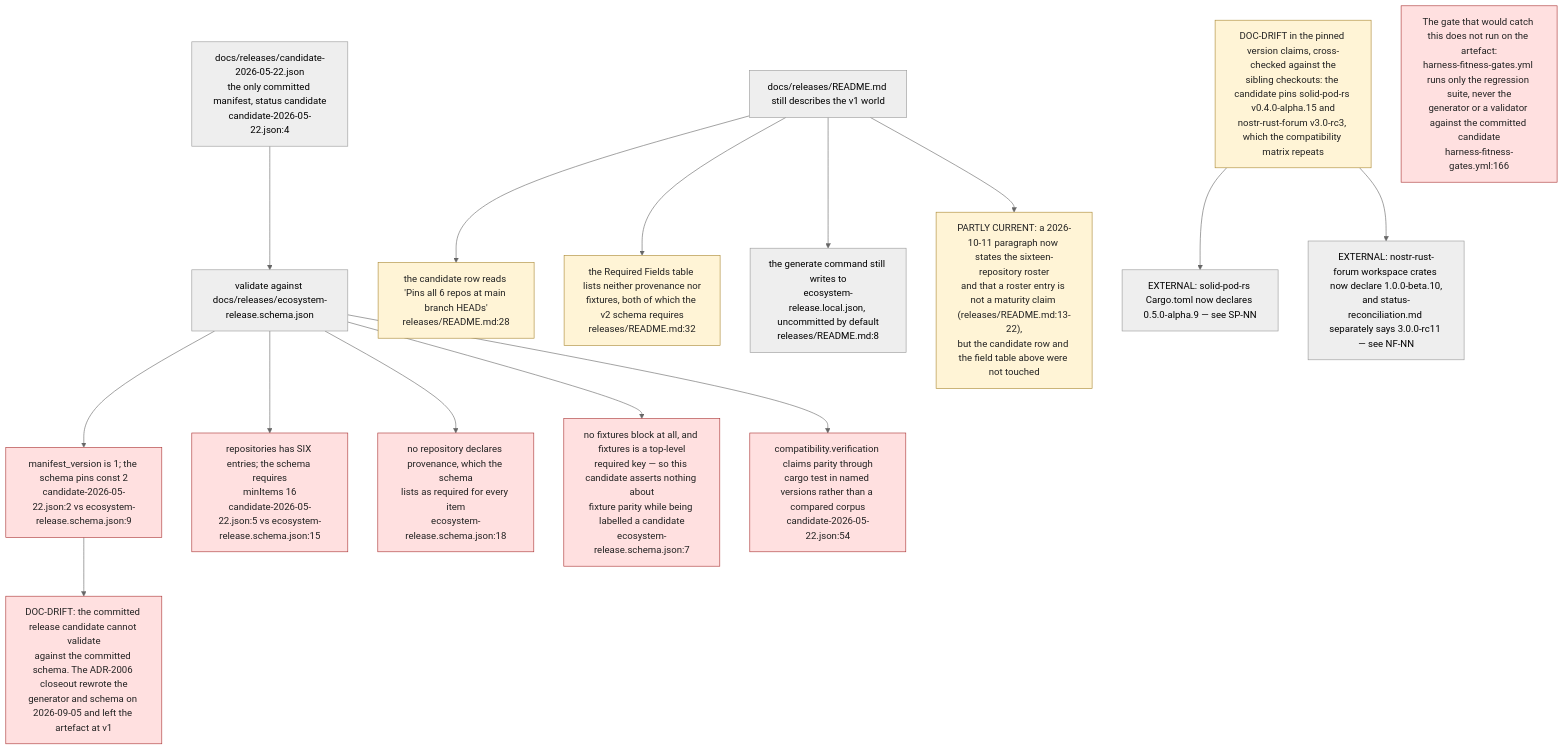
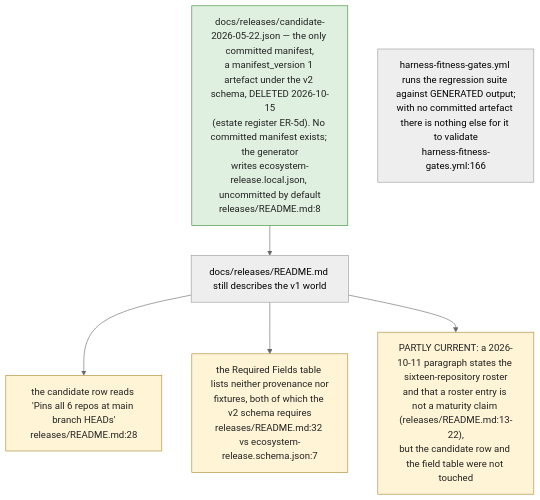
Before and after one commit to DreamLab-AI/VisionFlow: the fifth of 11 diagrams in docs/diagrams/visionflow/07-pitch-presentation-reports.md, drawn with Mermaid (neutral theme). The commit also changed other lines of this file and 10 other files, not shown here.

First line of the commit message:
docs(diagrams): close ER-1 to ER-4 and ER-33 across ten topics, re-stamped

````diff
--- a/docs/diagrams/visionflow/07-pitch-presentation-reports.md
+++ b/docs/diagrams/visionflow/07-pitch-presentation-reports.md
@@ -220,28 +219,14 @@
 ```mermaid
 flowchart TB
-    classDef fail fill:#ffe0e0,stroke:#aa3333,color:#222
     classDef doc fill:#fff4d6,stroke:#aa8833,color:#222
+    classDef ok fill:#e0f0e0,stroke:#338833,color:#222
 
-    CAND["docs/releases/candidate-2026-05-22.json<br/>the only committed manifest, status candidate<br/>candidate-2026-05-22.json:4"] --> V
-
-    V["validate against docs/releases/ecosystem-release.schema.json"]
-
-    V --> F1["manifest_version is 1; the schema pins const 2<br/>candidate-2026-05-22.json:2 vs ecosystem-release.schema.json:9"]:::fail
-    V --> F2["repositories has SIX entries; the schema requires<br/>minItems 16<br/>candidate-2026-05-22.json:5 vs ecosystem-release.schema.json:15"]:::fail
-    V --> F3["no repository declares provenance, which the schema<br/>lists as required for every item<br/>ecosystem-release.schema.json:18"]:::fail
-    V --> F4["no fixtures block at all, and fixtures is a top-level<br/>required key — so this candidate asserts nothing about<br/>fixture parity while being labelled a candidate<br/>ecosystem-release.schema.json:7"]:::fail
-    V --> F5["compatibility.verification claims parity through<br/>cargo test in named versions rather than a compared corpus<br/>candidate-2026-05-22.json:54"]:::fail
-
-    F1 --> VERD["DOC-DRIFT: the committed release candidate cannot validate<br/>against the committed schema. The ADR-2006 closeout rewrote the<br/>generator and schema on 2026-09-05 and left the artefact at v1"]:::fail
+    CAND["docs/releases/candidate-2026-05-22.json — the only committed manifest,<br/>a manifest_version 1 artefact under the v2 schema, DELETED 2026-10-15<br/>(estate register ER-5d). No committed manifest exists; the generator<br/>writes ecosystem-release.local.json, uncommitted by default<br/>releases/README.md:8"]:::ok
 
     RM["docs/releases/README.md still describes the v1 world"] --> D1["the candidate row reads 'Pins all 6 repos at main branch HEADs'<br/>releases/README.md:28"]:::doc
-    RM --> D2["the Required Fields table lists neither provenance nor<br/>fixtures, both of which the v2 schema requires<br/>releases/README.md:32"]:::doc
-    RM --> D3["the generate command still writes to<br/>ecosystem-release.local.json, uncommitted by default<br/>releases/README.md:8"]
-    RM --> D4["PARTLY CURRENT: a 2026-10-11 paragraph now states the sixteen-repository roster<br/>and that a roster entry is not a maturity claim (releases/README.md:13-22),<br/>but the candidate row and the field table above were not touched"]:::doc
+    RM --> D2["the Required Fields table lists neither provenance nor<br/>fixtures, both of which the v2 schema requires<br/>releases/README.md:32 vs ecosystem-release.schema.json:7"]:::doc
+    RM --> D4["PARTLY CURRENT: a 2026-10-11 paragraph states the sixteen-repository roster<br/>and that a roster entry is not a maturity claim (releases/README.md:13-22),<br/>but the candidate row and the field table were not touched"]:::doc
+    CAND --> RM
 
-    VERSIONS["DOC-DRIFT in the pinned version claims, cross-checked against the<br/>sibling checkouts: the candidate pins solid-pod-rs v0.4.0-alpha.15 and<br/>nostr-rust-forum v3.0-rc3, which the compatibility matrix repeats"]:::doc
-    VERSIONS --> X1["EXTERNAL: solid-pod-rs Cargo.toml now declares 0.5.0-alpha.9 — see SP-NN"]
-    VERSIONS --> X2["EXTERNAL: nostr-rust-forum workspace crates now declare 1.0.0-beta.10,<br/>and status-reconciliation.md separately says 3.0.0-rc11 — see NF-NN"]
-
-    GATE["The gate that would catch this does not run on the artefact:<br/>harness-fitness-gates.yml runs only the regression suite, never the<br/>generator or a validator against the committed candidate<br/>harness-fitness-gates.yml:166"]:::fail
+    GATE["harness-fitness-gates.yml runs the regression suite against GENERATED output;<br/>with no committed artefact there is nothing else for it to validate<br/>harness-fitness-gates.yml:166"]
 ```
````
